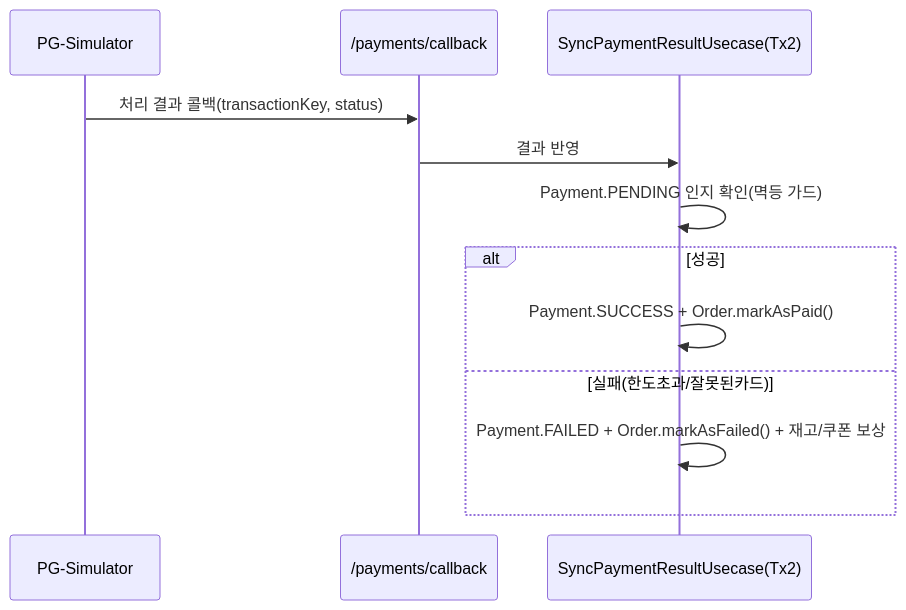
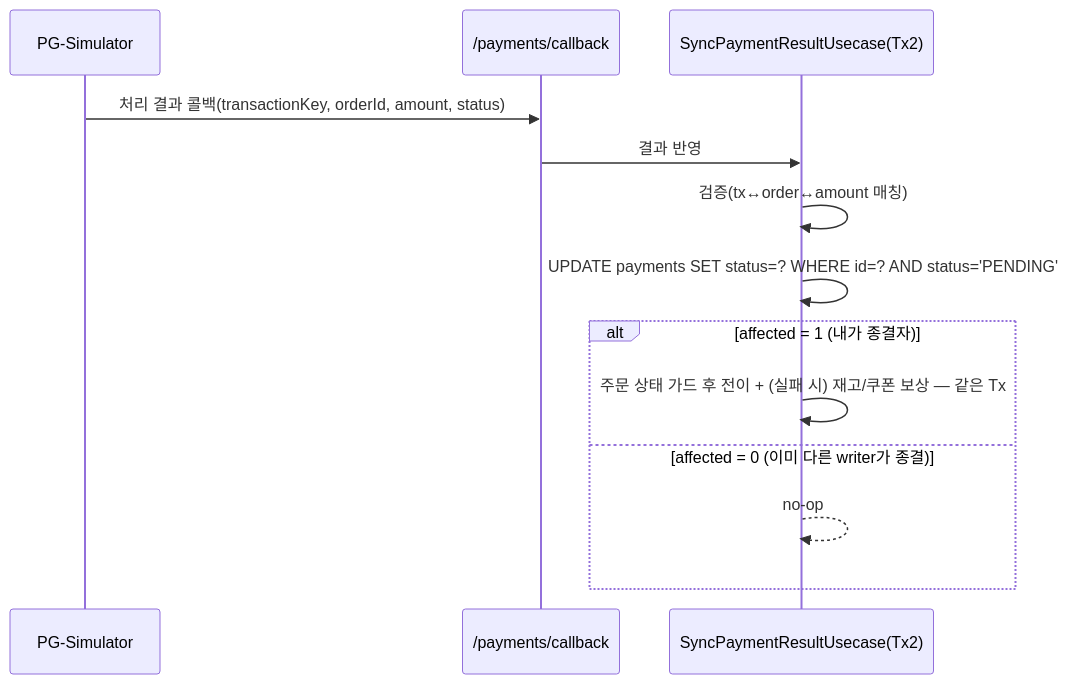
The fourth of 5 diagrams in docs/payment/round6-payment-integration.md (loopers-labs/loop-pack-be-l2-vol4-kotlin), drawn with Mermaid before and after one commit. The commit also changed other lines of this file, not shown here.

First line of the commit message:
docs: revise round6 payment design per review (R1-R7)

````diff
--- a/docs/payment/round6-payment-integration.md
+++ b/docs/payment/round6-payment-integration.md
@@ -88,15 +94,16 @@
 ```mermaid
 sequenceDiagram
     participant PG as PG-Simulator
     participant CB as /payments/callback
     participant SYNC as SyncPaymentResultUsecase(Tx2)
 
-    PG->>CB: 처리 결과 콜백(transactionKey, status)
+    PG->>CB: 처리 결과 콜백(transactionKey, orderId, amount, status)
     CB->>SYNC: 결과 반영
-    SYNC->>SYNC: Payment.PENDING 인지 확인(멱등 가드)
-    alt 성공
-        SYNC->>SYNC: Payment.SUCCESS + Order.markAsPaid()
-    else 실패(한도초과/잘못된카드)
-        SYNC->>SYNC: Payment.FAILED + Order.markAsFailed() + 재고/쿠폰 보상
+    SYNC->>SYNC: 검증(tx↔order↔amount 매칭)
+    SYNC->>SYNC: UPDATE payments SET status=? WHERE id=? AND status='PENDING'
+    alt affected = 1 (내가 종결자)
+        SYNC->>SYNC: 주문 상태 가드 후 전이 + (실패 시) 재고/쿠폰 보상 — 같은 Tx
+    else affected = 0 (이미 다른 writer가 종결)
+        SYNC-->>SYNC: no-op
     end
 ```
````
